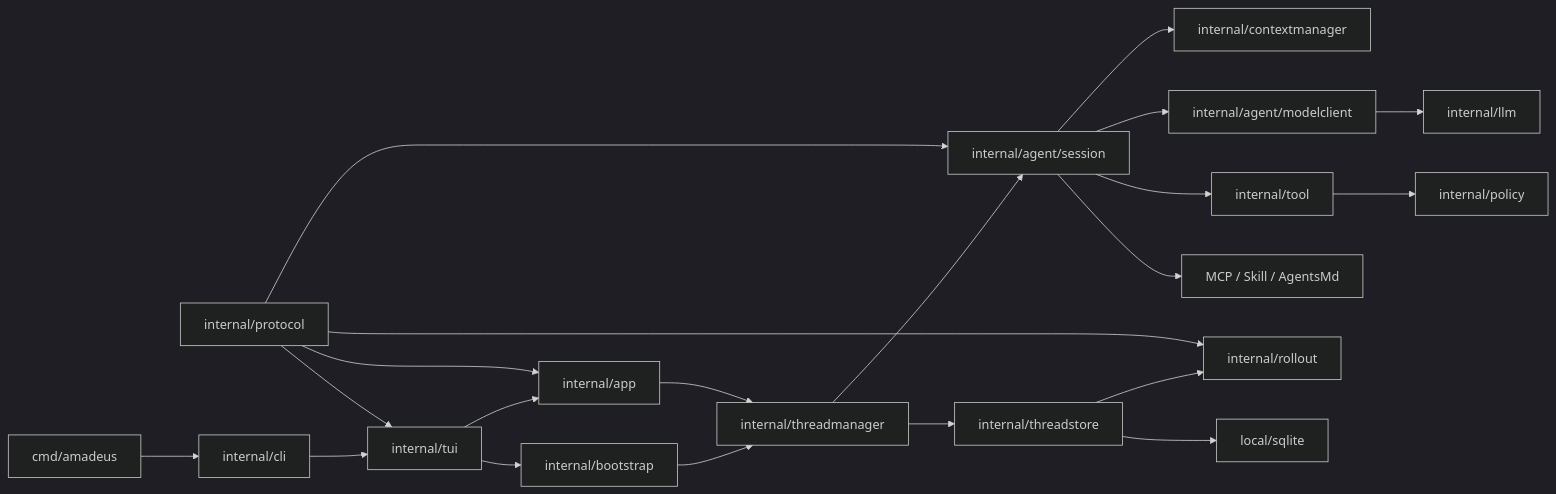
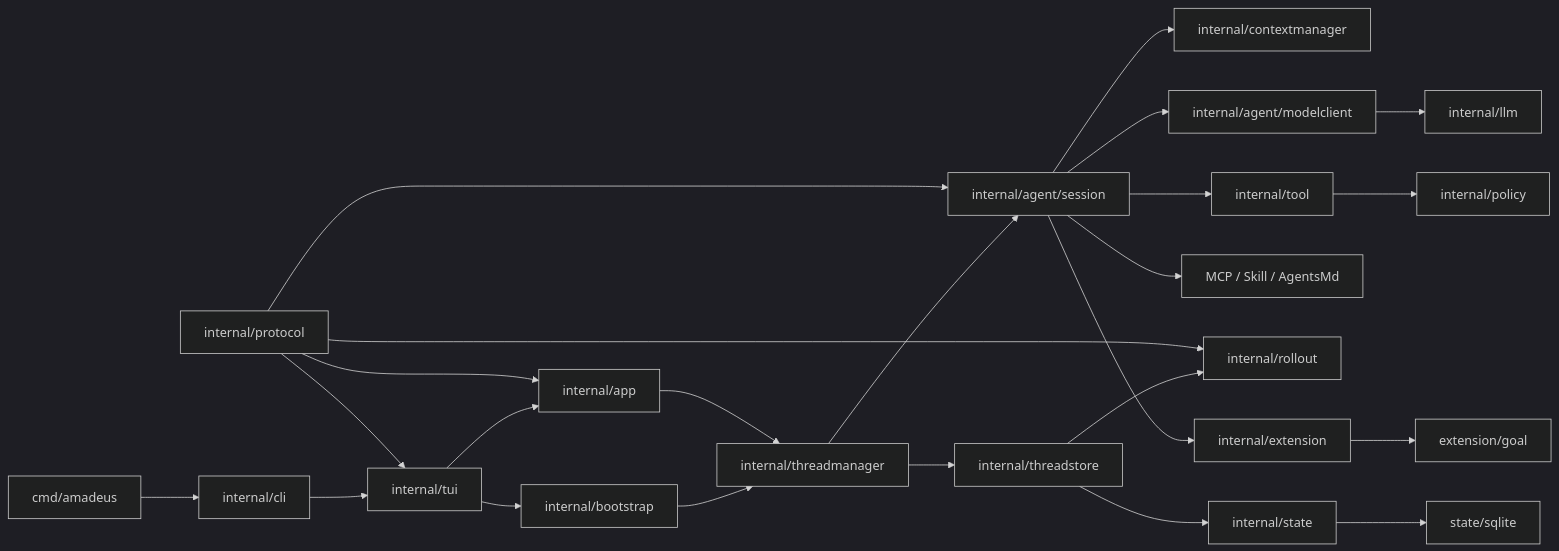
Before and after one commit to Godric-W/Amadeus: the first of 47 diagrams in docs/architecture-whitepaper.md, drawn with Mermaid (dark theme). The commit also changed other lines of this file and 138 other files, not shown here.

Commit message:
feat: add persisted thread goals and align runtime architecture

````diff
--- a/docs/architecture-whitepaper.md
+++ b/docs/architecture-whitepaper.md
@@ -97,23 +105,26 @@
 ```mermaid
 flowchart LR
     Entry[cmd/amadeus] --> CLI[internal/cli]
     CLI --> TUI[internal/tui]
     TUI --> App[internal/app]
     TUI --> Bootstrap[internal/bootstrap]
     Bootstrap --> Manager[internal/threadmanager]
     App --> Manager
     Manager --> Session[internal/agent/session]
     Manager --> Store[internal/threadstore]
     Session --> Context[internal/contextmanager]
     Session --> Model[internal/agent/modelclient]
     Session --> Tool[internal/tool]
     Session --> Capabilities[MCP / Skill / AgentsMd]
     Model --> LLM[internal/llm]
     Tool --> Policy[internal/policy]
     Store --> Rollout[internal/rollout]
-    Store --> SQLite[local/sqlite]
+    Store --> State[internal/state]
+    State --> SQLite[state/sqlite]
+    Session --> Extensions[internal/extension]
+    Extensions --> Goal[extension/goal]
     Protocol[internal/protocol] --> Rollout
     Protocol --> Session
     Protocol --> App
     Protocol --> TUI
 ```
````
